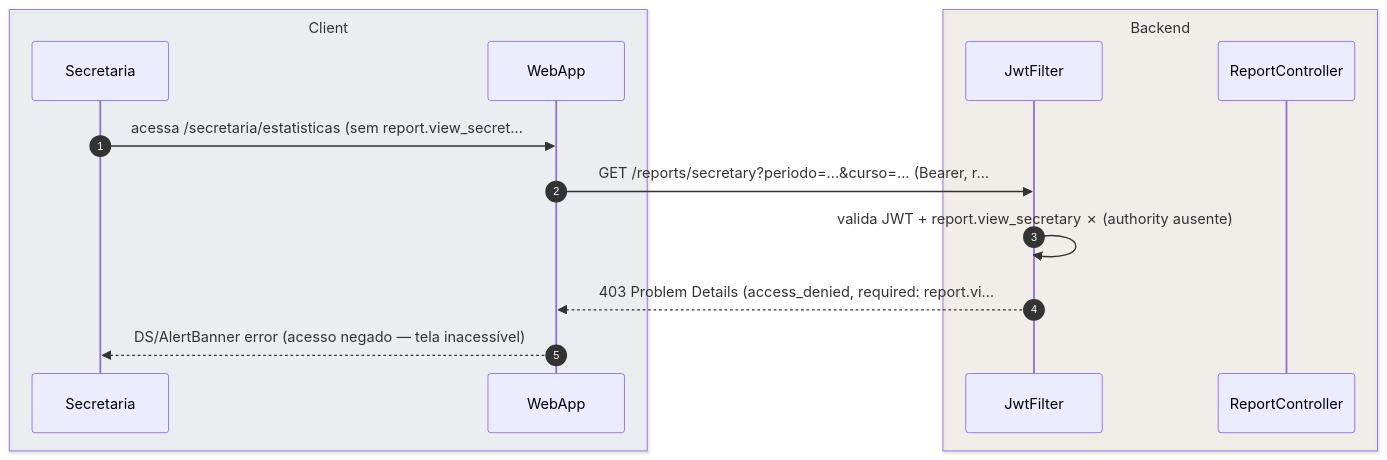
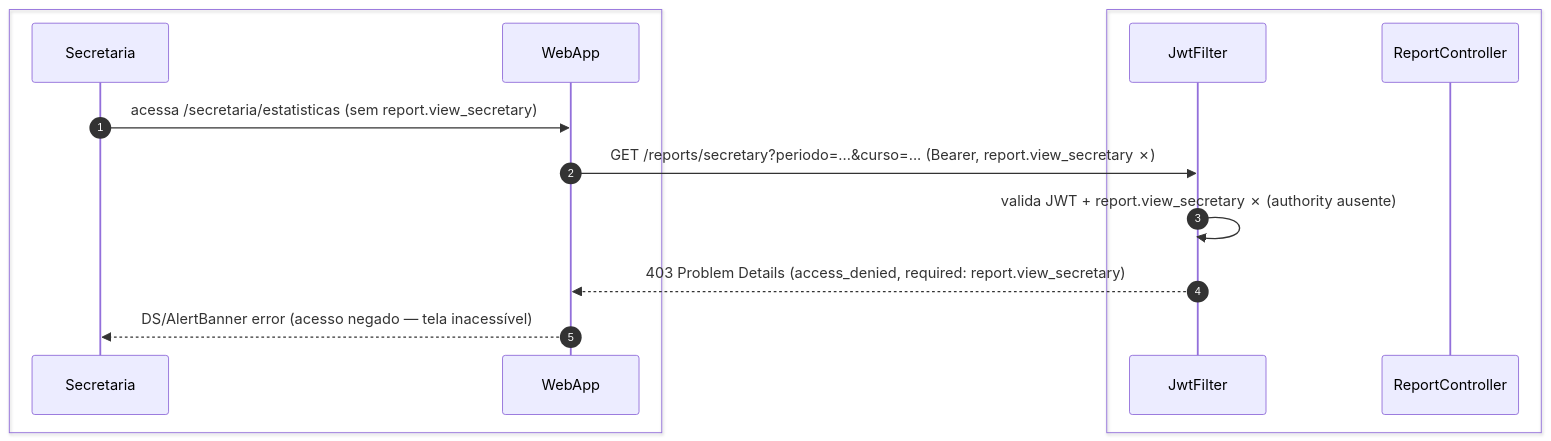
The third of 3 diagrams in foundationDocs/sequenceDiagrams/F5 — Secretaria/US-F5-011-ESTATISTICAS.md (umishell/secretariaOnline2), drawn with Mermaid before and after one commit. The commit also changed other lines of this file and 70 other files, not shown here.

First line of the commit message:
Enhance database documentation and introduce new schema files

````diff
--- a/foundationDocs/sequenceDiagrams/F5 — Secretaria/US-F5-011-ESTATISTICAS.md
+++ b/foundationDocs/sequenceDiagrams/F5 — Secretaria/US-F5-011-ESTATISTICAS.md
@@ -133,18 +133,18 @@
 ```mermaid
 sequenceDiagram
     autonumber
-    box rgba(230,245,255,0.3) Client
+    box #e8f4fc Cliente
         participant Secretaria
         participant WebApp
     end
-    box rgba(255,245,230,0.3) Backend
+    box #fff8ee Servidor
         participant JwtFilter
         participant ReportController
     end
 
-    Secretaria->>WebApp: acessa /secretaria/estatisticas (sem report.view_secret…
-    WebApp->>JwtFilter: GET /reports/secretary?periodo=...&curso=... (Bearer, r…
+    Secretaria->>WebApp: acessa /secretaria/estatisticas (sem report.view_secretary)
+    WebApp->>JwtFilter: GET /reports/secretary?periodo=...&curso=... (Bearer, report.view_secretary ✗)
     JwtFilter->>JwtFilter: valida JWT + report.view_secretary ✗ (authority ausente)
-    JwtFilter-->>WebApp: 403 Problem Details (access_denied, required: report.vi…
+    JwtFilter-->>WebApp: 403 Problem Details (access_denied, required: report.view_secretary)
     WebApp-->>Secretaria: DS/AlertBanner error (acesso negado — tela inacessível)
 ```
````
